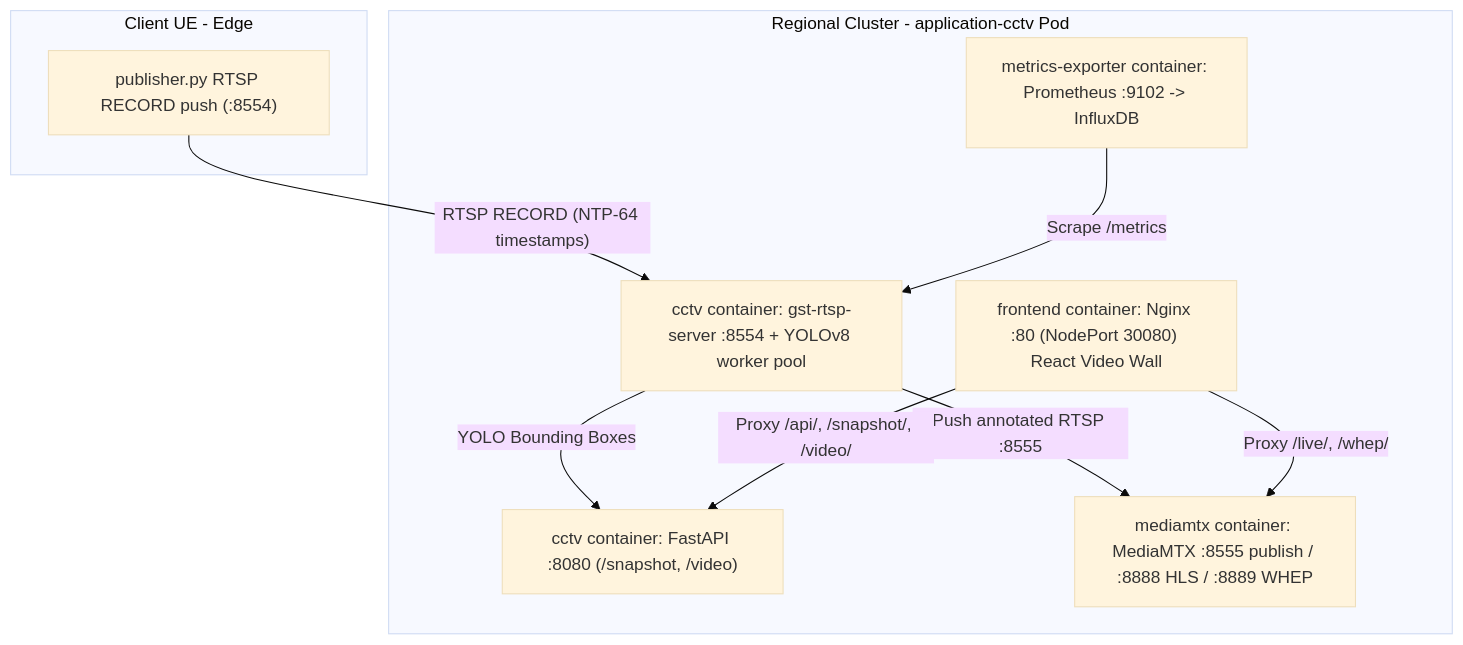
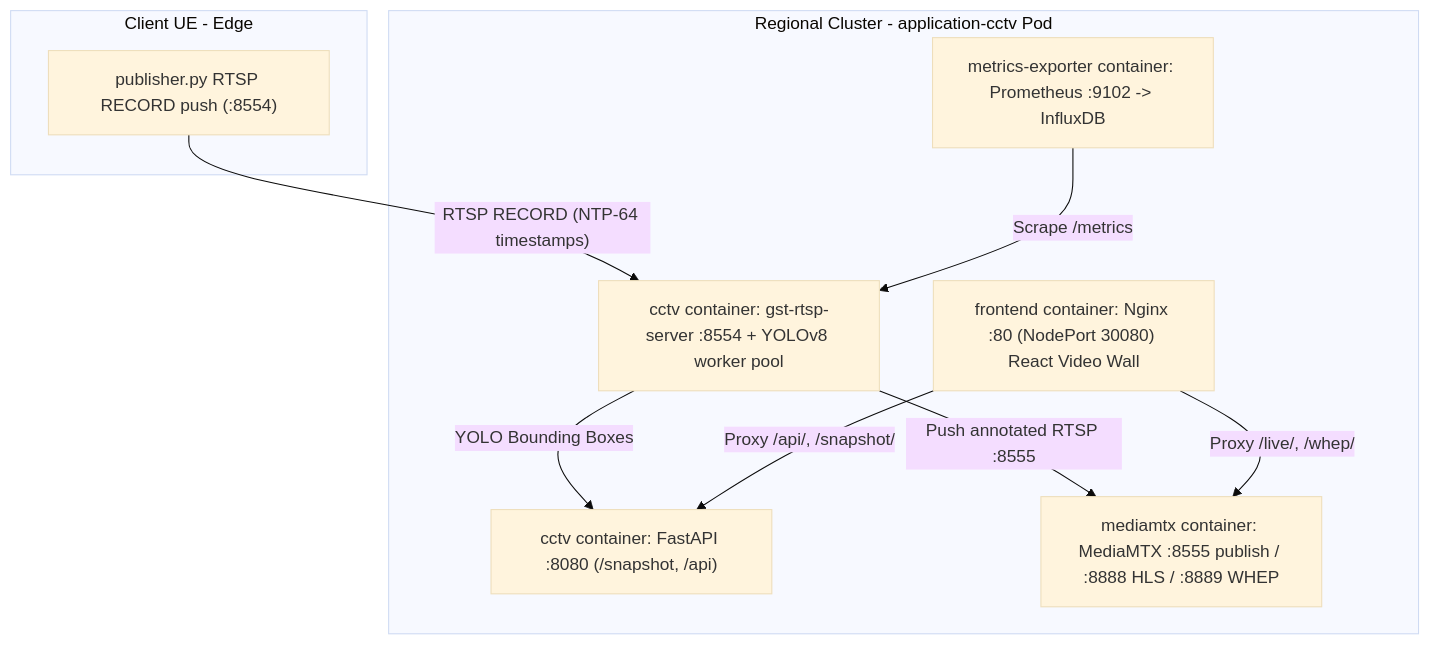
Before and after one commit to FCCLab/INA-Infra: the diagram in applications/cctv/README.md, drawn with Mermaid (base theme). The commit also changed other lines of this file and 4 other files, not shown here.

Commit message:
feat(cctv): exclusive MediaMTX video streaming, BGR color calibration, static MAC pinning, and lazy loading

````diff
--- a/applications/cctv/README.md
+++ b/applications/cctv/README.md
@@ -19,19 +19,19 @@
 ```mermaid
 flowchart TD
   subgraph ue [Client UE - Edge]
     Pub["publisher.py RTSP RECORD push (:8554)"]
   end
   subgraph server_pod [Regional Cluster - application-cctv Pod]
     Gst["cctv container: gst-rtsp-server :8554 + YOLOv8 worker pool"]
-    Api["cctv container: FastAPI :8080 (/snapshot, /video)"]
+    Api["cctv container: FastAPI :8080 (/snapshot, /api)"]
     Mtx["mediamtx container: MediaMTX :8555 publish / :8888 HLS / :8889 WHEP"]
     Ui["frontend container: Nginx :80 (NodePort 30080) React Video Wall"]
     Metric["metrics-exporter container: Prometheus :9102 -> InfluxDB"]
   end
   Pub -->|"RTSP RECORD (NTP-64 timestamps)"| Gst
   Gst -->|"YOLO Bounding Boxes"| Api
   Gst -->|"Push annotated RTSP :8555"| Mtx
-  Ui -->|"Proxy /api/, /snapshot/, /video/"| Api
+  Ui -->|"Proxy /api/, /snapshot/"| Api
   Ui -->|"Proxy /live/, /whep/"| Mtx
   Metric -->|"Scrape /metrics"| Gst
 ```
````
